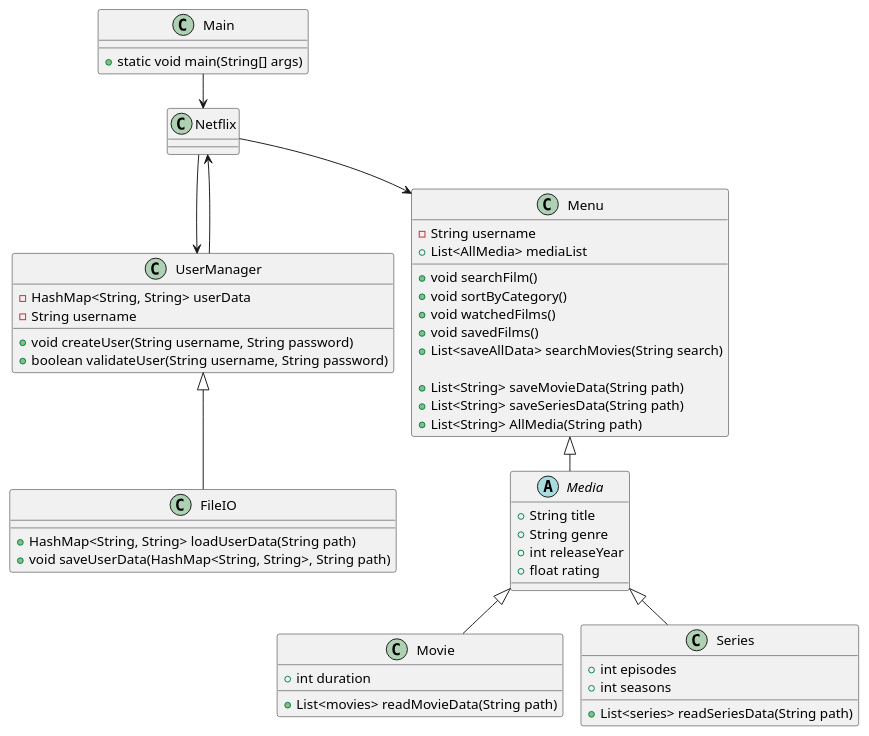
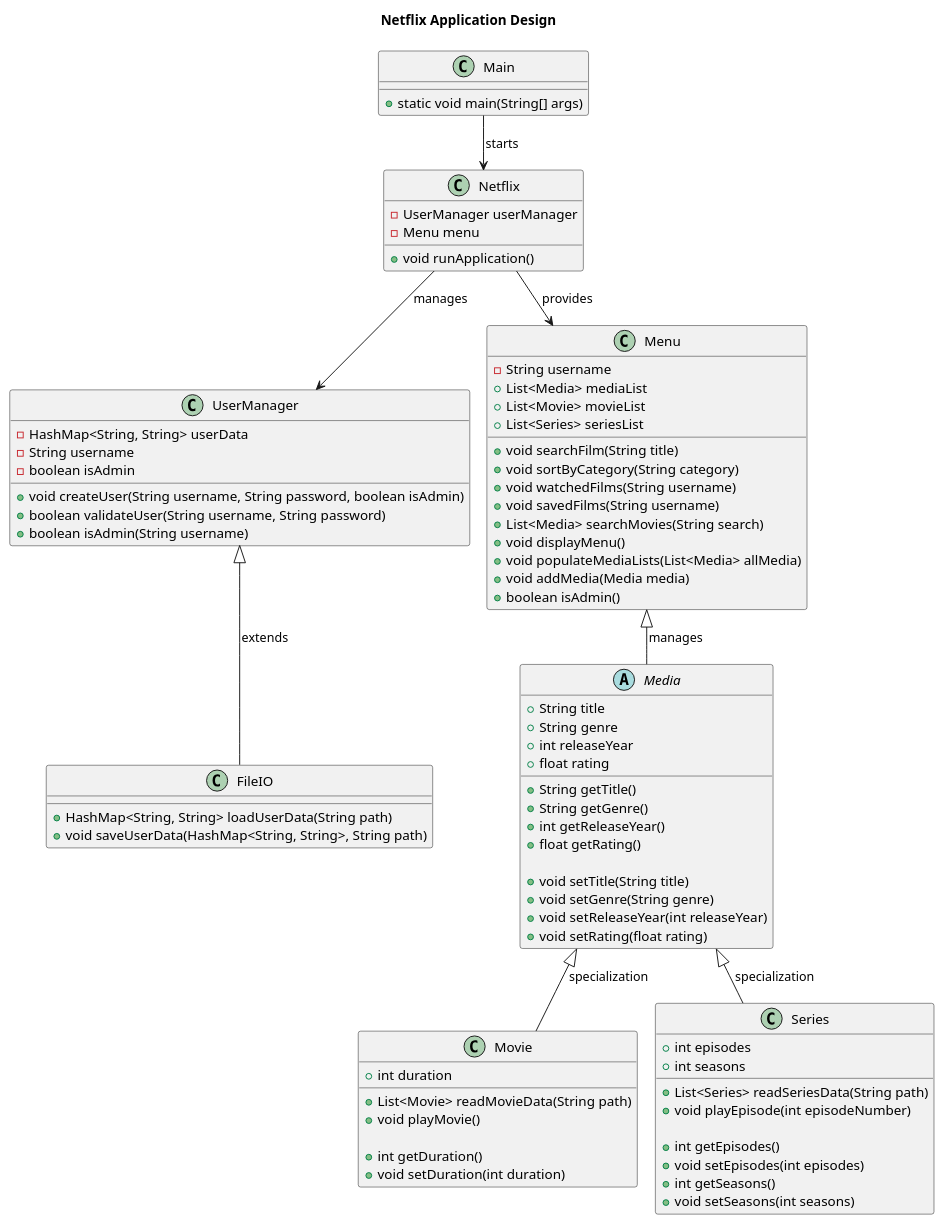
Before and after one commit to MarcusPFF/SP3-StreamingServiceProject: the diagram in doc/classDiagram/classDiagram.puml, drawn with PlantUML. The commit also changed 1 other file, not shown here.

Commit message:
classDiagram.puml and userData.txt

```diff
--- a/doc/classDiagram/classDiagram.puml
+++ b/doc/classDiagram/classDiagram.puml
@@ -1,69 +1,108 @@
 @startuml
 !pragma layout smetana
+title Netflix Application Design
 
+' Hovedklasse
 class Main {
     + static void main(String[] args)
 }
 
-Main --> Netflix
+Main --> Netflix : starts >
 
+' Netflix System
 class Netflix {
+    - UserManager userManager
+    - Menu menu
 
+    + void runApplication()
 }
 
-Netflix --> UserManager
-UserManager --> Netflix
+Netflix --> UserManager : manages >
+Netflix --> Menu : provides >
 
-
-
+' User Management
 class UserManager {
     - HashMap<String, String> userData
     - String username
+    - boolean isAdmin
 
-    + void createUser(String username, String password)
+    + void createUser(String username, String password, boolean isAdmin)
     + boolean validateUser(String username, String password)
+    + boolean isAdmin(String username)
 }
 
-Netflix --> Menu
+UserManager <|-- FileIO : extends >
 
-class Menu {
-    - String username
-    + List<AllMedia> mediaList
-
-    + void searchFilm()
-    + void sortByCategory()
-    + void watchedFilms()
-    + void savedFilms()
-    + List<saveAllData> searchMovies(String search)
-
-    + List<String> saveMovieData(String path)
-    + List<String> saveSeriesData(String path)
-    + List<String> AllMedia(String path)
-}
-
-class FileIO extends UserManager {
-
+class FileIO {
     + HashMap<String, String> loadUserData(String path)
     + void saveUserData(HashMap<String, String>, String path)
 }
 
-abstract class Media extends Menu {
+' Menu and Media
+class Menu {
+    - String username
+    + List<Media> mediaList
+    + List<Movie> movieList
+    + List<Series> seriesList
+
+    + void searchFilm(String title)
+    + void sortByCategory(String category)
+    + void watchedFilms(String username)
+    + void savedFilms(String username)
+    + List<Media> searchMovies(String search)
+    + void displayMenu()
+    ' Method to populate lists for movies and series
+    + void populateMediaLists(List<Media> allMedia)
+    ' Method to add media if user is admin
+    + void addMedia(Media media)
+    ' Check if the current user is an admin
+    + boolean isAdmin()
+}
+
+Menu <|-- Media : manages >
+
+abstract class Media {
     + String title
     + String genre
     + int releaseYear
     + float rating
 
+    + String getTitle()
+    + String getGenre()
+    + int getReleaseYear()
+    + float getRating()
 
+    + void setTitle(String title)
+    + void setGenre(String genre)
+    + void setReleaseYear(int releaseYear)
+    + void setRating(float rating)
 }
 
-class Movie extends Media {
+' Specific Media Types
+class Movie {
     + int duration
-    + List<movies> readMovieData(String path)
+    + List<Movie> readMovieData(String path)
+    + void playMovie()
+
+    ' Getters and Setters for Movie attributes
+    + int getDuration()
+    + void setDuration(int duration)
 }
 
-class Series extends Media {
+class Series {
     + int episodes
     + int seasons
-    + List<series> readSeriesData(String path)
+    + List<Series> readSeriesData(String path)
+    + void playEpisode(int episodeNumber)
+
+    ' Getters and Setters for Series attributes
+    + int getEpisodes()
+    + void setEpisodes(int episodes)
+    + int getSeasons()
+    + void setSeasons(int seasons)
 }
+
+Media <|-- Movie : specialization >
+Media <|-- Series : specialization >
+
 @enduml
```
